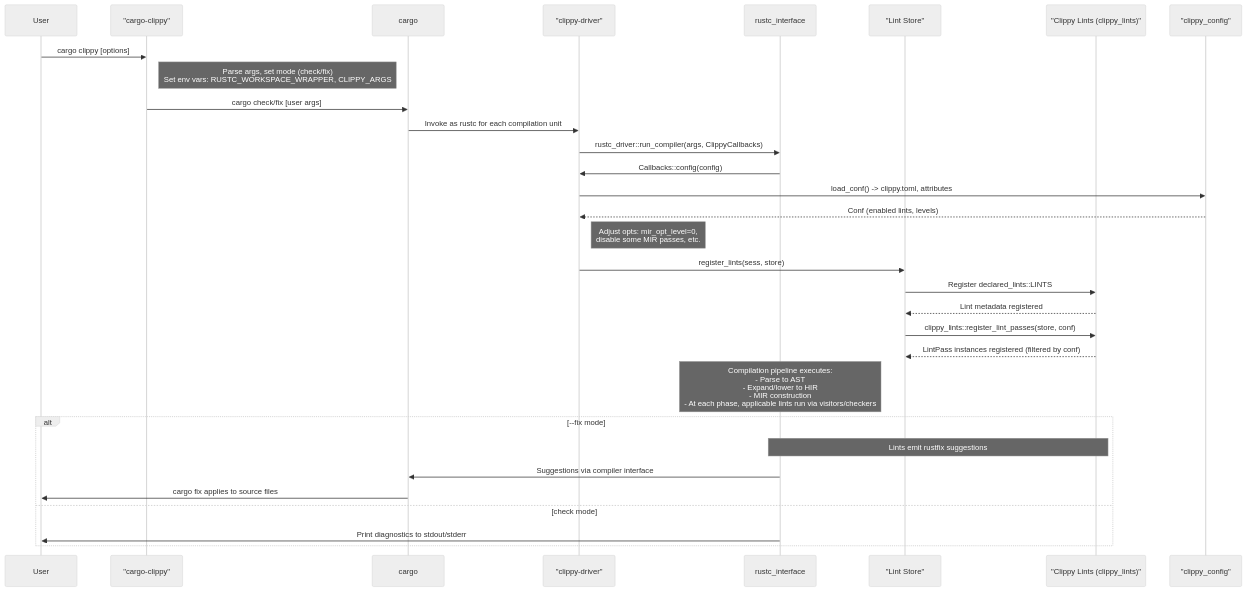
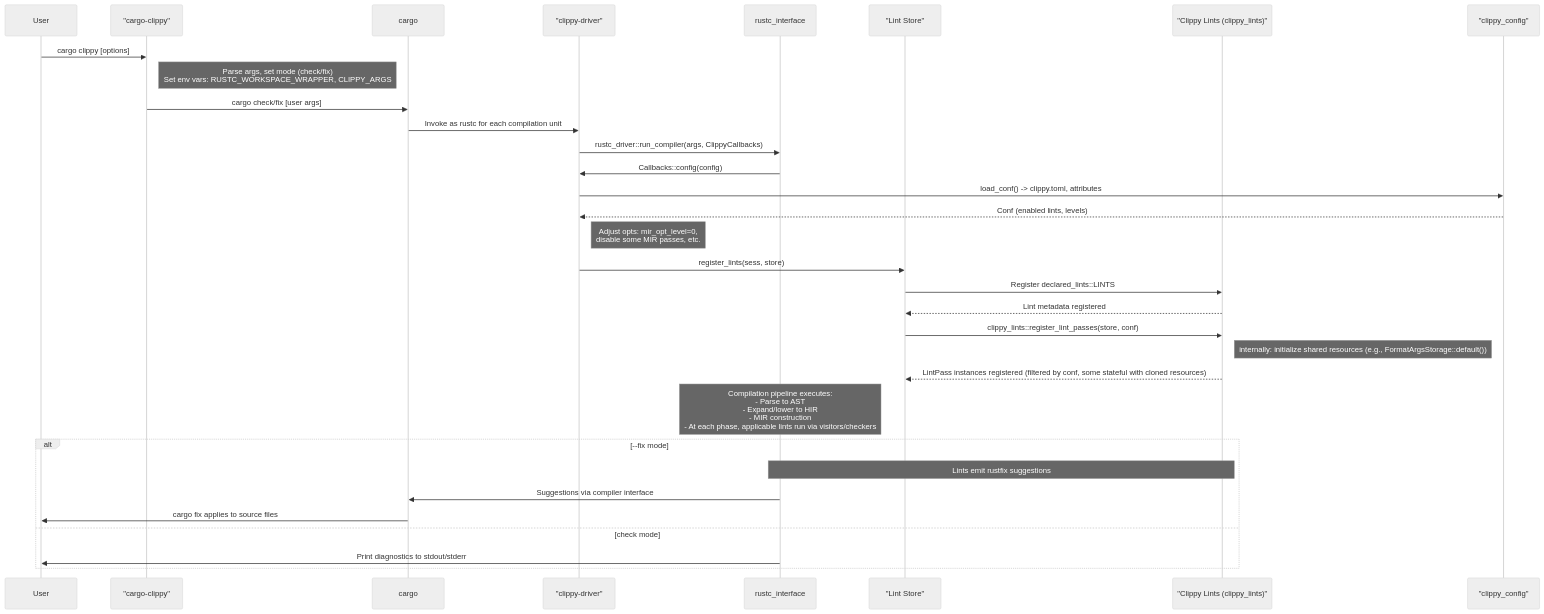
One commit to gauravagerwala/rust-clippy changed the diagram in .exp/design-workflow-1-cargo-clippy.md. Above: the diagram before and after it, drawn with Mermaid (neutral theme). The commit also changed 3 other files, not shown here.

````diff
--- a/.exp/design-workflow-1-cargo-clippy.md
+++ b/.exp/design-workflow-1-cargo-clippy.md
@@ -40,34 +40,35 @@
 ```mermaid
 sequenceDiagram
     participant U as User
     participant CC as "cargo-clippy"
     participant C as cargo
     participant CD as "clippy-driver"
     participant RI as rustc_interface
     participant LS as "Lint Store"
     participant CL as "Clippy Lints (clippy_lints)"
     participant Config as "clippy_config"
 
     U->>CC: cargo clippy [options]
     Note right of CC: Parse args, set mode (check/fix)<br/>Set env vars: RUSTC_WORKSPACE_WRAPPER, CLIPPY_ARGS
     CC->>C: cargo check/fix [user args]
     C->>CD: Invoke as rustc for each compilation unit
     CD->>RI: rustc_driver::run_compiler(args, ClippyCallbacks)
     RI->>CD: Callbacks::config(config)
     CD->>Config: load_conf() -> clippy.toml, attributes
     Config-->>CD: Conf (enabled lints, levels)
     Note right of CD: Adjust opts: mir_opt_level=0,<br/>disable some MIR passes, etc.
     CD->>LS: register_lints(sess, store)
     LS->>CL: Register declared_lints::LINTS
     CL-->>LS: Lint metadata registered
     LS->>CL: clippy_lints::register_lint_passes(store, conf)
-    CL-->>LS: LintPass instances registered (filtered by conf)
+    Note right of CL: internally: initialize shared resources (e.g., FormatArgsStorage::default())
+    CL-->>LS: LintPass instances registered (filtered by conf, some stateful with cloned resources)
     Note over RI: Compilation pipeline executes:<br/>- Parse to AST<br/>- Expand/lower to HIR<br/>- MIR construction<br/>- At each phase, applicable lints run via visitors/checkers
     alt --fix mode
         Note over CL,RI: Lints emit rustfix suggestions
         RI->>C: Suggestions via compiler interface
         C->>U: cargo fix applies to source files
     else check mode
         RI->>U: Print diagnostics to stdout/stderr
     end
 ```
````
